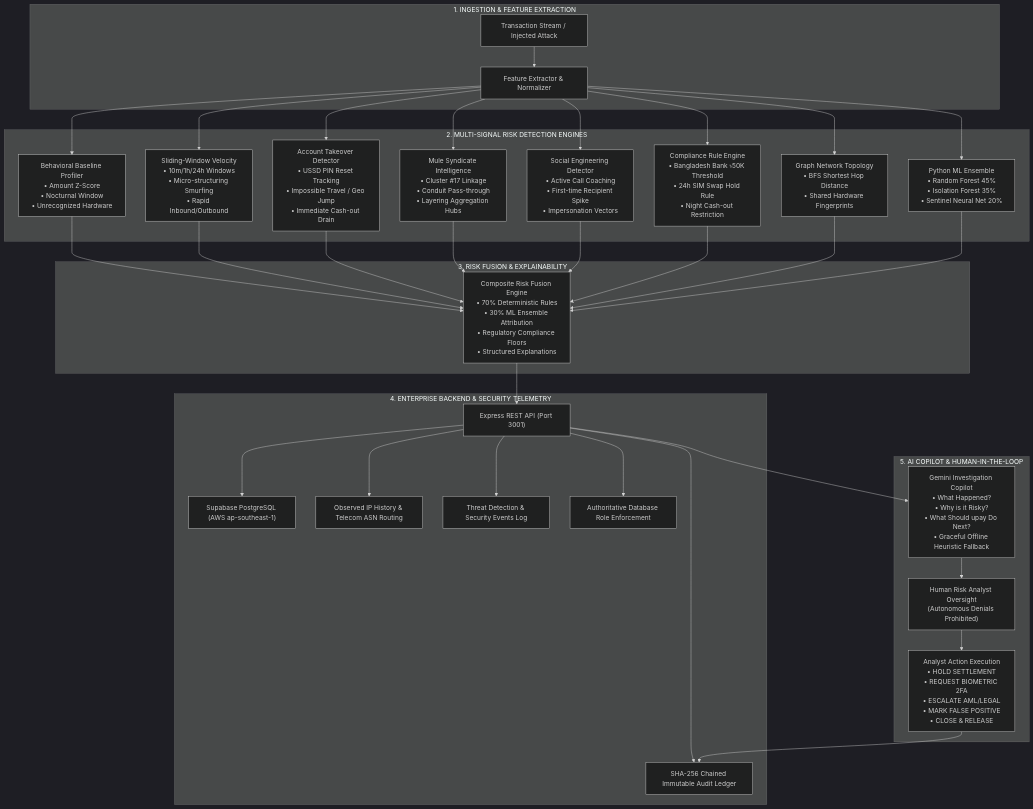
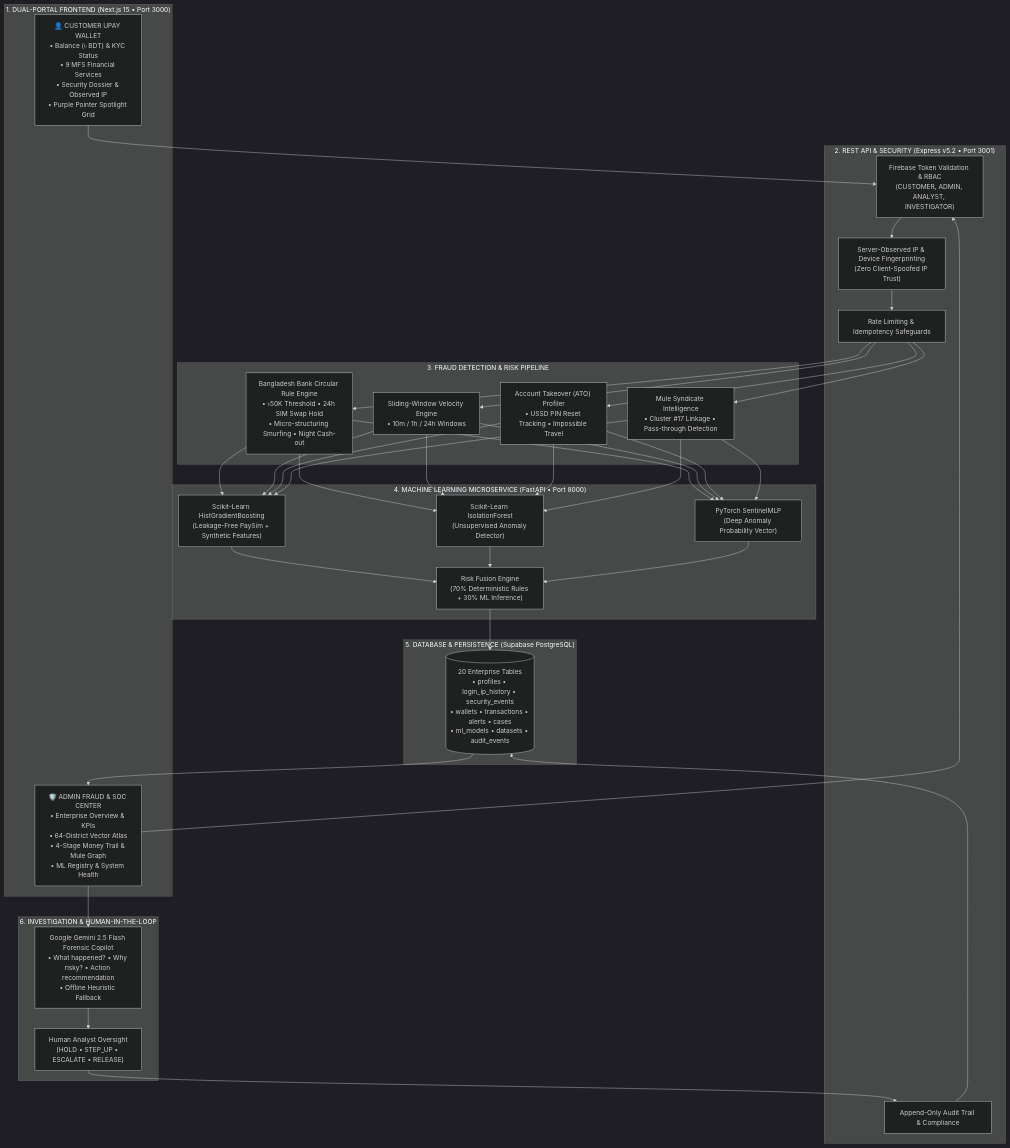
Before and after one commit to BornilMahmud/AI_DEV_FEST080: the diagram in README.md, drawn with Mermaid (dark theme). The commit also changed other lines of this file and 39 other files, not shown here.

Commit message:
feat: update backend and add new features

````diff
--- a/README.md
+++ b/README.md
@@ -60,37 +67,46 @@
 ```mermaid
 flowchart TD
-    subgraph INGESTION["1. INGESTION & FEATURE EXTRACTION"]
-        TXN["Transaction Stream / Injected Attack"] --> FE["Feature Extractor & Normalizer"]
+    subgraph CLIENT_TIER["1. DUAL-PORTAL FRONTEND (Next.js 15 • Port 3000)"]
+        CUSTOMER["👤 CUSTOMER UPAY WALLET\n• Balance (৳ BDT) & KYC Status\n• 9 MFS Financial Services\n• Security Dossier & Observed IP\n• Purple Pointer Spotlight Grid"]
+        ADMIN["🛡️ ADMIN FRAUD & SOC CENTER\n• Enterprise Overview & KPIs\n• 64-District Vector Atlas\n• 4-Stage Money Trail & Mule Graph\n• ML Registry & System Health"]
     end
 
-    subgraph DETECTION_LAYERS["2. MULTI-SIGNAL RISK DETECTION ENGINES"]
-        FE --> BASELINE["Behavioral Baseline Profiler<br/>• Amount Z-Score<br/>• Nocturnal Window<br/>• Unrecognized Hardware"]
-        FE --> VELOCITY["Sliding-Window Velocity<br/>• 10m/1h/24h Windows<br/>• Micro-structuring Smurfing<br/>• Rapid Inbound/Outbound"]
-        FE --> ATO["Account Takeover Detector<br/>• USSD PIN Reset Tracking<br/>• Impossible Travel / Geo Jump<br/>• Immediate Cash-out Drain"]
-        FE --> MULE["Mule Syndicate Intelligence<br/>• Cluster #17 Linkage<br/>• Conduit Pass-through<br/>• Layering Aggregation Hubs"]
-        FE --> SCAM["Social Engineering Detector<br/>• Active Call Coaching<br/>• First-time Recipient Spike<br/>• Impersonation Vectors"]
-        FE --> RULES["Compliance Rule Engine<br/>• Bangladesh Bank ৳50K Threshold<br/>• 24h SIM Swap Hold Rule<br/>• Night Cash-out Restriction"]
-        FE --> GRAPH["Graph Network Topology<br/>• BFS Shortest Hop Distance<br/>• Shared Hardware Fingerprints"]
-        FE --> ML_ENSEMBLE["Python ML Ensemble<br/>• Random Forest 45%<br/>• Isolation Forest 35%<br/>• Sentinel Neural Net 20%"]
+    subgraph API_TIER["2. REST API & SECURITY (Express v5.2 • Port 3001)"]
+        AUTH["Firebase Token Validation & RBAC\n(CUSTOMER, ADMIN, ANALYST, INVESTIGATOR)"]
+        SEC["Server-Observed IP & Device Fingerprinting\n(Zero Client-Spoofed IP Trust)"]
+        RATE["Rate Limiting & Idempotency Safeguards"]
+        AUDIT_LOG["Append-Only Audit Trail & Compliance"]
     end
 
-    subgraph SCORING["3. RISK FUSION & EXPLAINABILITY"]
-        BASELINE & VELOCITY & ATO & MULE & SCAM & RULES & GRAPH & ML_ENSEMBLE --> SCORER["Composite Risk Fusion Engine<br/>• 70% Deterministic Rules<br/>• 30% ML Ensemble Attribution<br/>• Regulatory Compliance Floors<br/>• Structured Explanations"]
+    subgraph RISK_PIER["3. FRAUD DETECTION & RISK PIPELINE"]
+        RULES["Bangladesh Bank Circular Rule Engine\n• ৳50K Threshold • 24h SIM Swap Hold\n• Micro-structuring Smurfing • Night Cash-out"]
+        VELOCITY["Sliding-Window Velocity Engine\n• 10m / 1h / 24h Windows"]
+        ATO["Account Takeover (ATO) Profiler\n• USSD PIN Reset Tracking • Impossible Travel"]
+        MULE["Mule Syndicate Intelligence\n• Cluster #17 Linkage • Pass-through Detection"]
     end
 
-    subgraph BACKEND_SERVICES["4. ENTERPRISE BACKEND & SECURITY TELEMETRY"]
-        SCORER --> BACKEND_API["Express REST API (Port 3001)"]
-        BACKEND_API --> SUPABASE["Supabase PostgreSQL (AWS ap-southeast-1)"]
-        BACKEND_API --> IP_TRACK["Observed IP History & Telecom ASN Routing"]
-        BACKEND_API --> SEC_LOG["Threat Detection & Security Events Log"]
-        BACKEND_API --> RBAC["Authoritative Database Role Enforcement"]
-        BACKEND_API --> CRYPTO_AUDIT["SHA-256 Chained Immutable Audit Ledger"]
+    subgraph ML_TIER["4. MACHINE LEARNING MICROSERVICE (FastAPI • Port 8000)"]
+        GBDT["Scikit-Learn HistGradientBoosting\n(Leakage-Free PaySim + Synthetic Features)"]
+        ISOF["Scikit-Learn IsolationForest\n(Unsupervised Anomaly Detector)"]
+        NEURAL["PyTorch SentinelMLP\n(Deep Anomaly Probability Vector)"]
+        FUSION["Risk Fusion Engine\n(70% Deterministic Rules + 30% ML Inference)"]
     end
 
-    subgraph COPILOT["5. AI COPILOT & HUMAN-IN-THE-LOOP"]
-        BACKEND_API --> GEMINI["Gemini Investigation Copilot<br/>• What Happened?<br/>• Why is it Risky?<br/>• What Should upay Do Next?<br/>• Graceful Offline Heuristic Fallback"]
-        GEMINI --> ANALYST["Human Risk Analyst Oversight<br/>(Autonomous Denials Prohibited)"]
-        ANALYST --> DECISION["Analyst Action Execution<br/>• HOLD SETTLEMENT<br/>• REQUEST BIOMETRIC 2FA<br/>• ESCALATE AML/LEGAL<br/>• MARK FALSE POSITIVE<br/>• CLOSE & RELEASE"]
-        DECISION --> CRYPTO_AUDIT
+    subgraph DB_TIER["5. DATABASE & PERSISTENCE (Supabase PostgreSQL)"]
+        PG[("20 Enterprise Tables\n• profiles • login_ip_history • security_events\n• wallets • transactions • alerts • cases\n• ml_models • datasets • audit_events")]
     end
+
+    subgraph COPILOT_TIER["6. INVESTIGATION & HUMAN-IN-THE-LOOP"]
+        GEMINI["Google Gemini 2.5 Flash Forensic Copilot\n• What happened? • Why risky? • Action recommendation\n• Offline Heuristic Fallback"]
+        DECISION["Human Analyst Oversight\n(HOLD • STEP_UP • ESCALATE • RELEASE)"]
+    end
+
+    CUSTOMER --> AUTH
+    ADMIN --> AUTH
+    AUTH --> SEC --> RATE
+    RATE --> RULES & VELOCITY & ATO & MULE
+    RULES & VELOCITY & ATO & MULE --> GBDT & ISOF & NEURAL --> FUSION
+    FUSION --> PG
+    PG --> ADMIN
+    ADMIN --> GEMINI --> DECISION --> AUDIT_LOG --> PG
 ```
````
